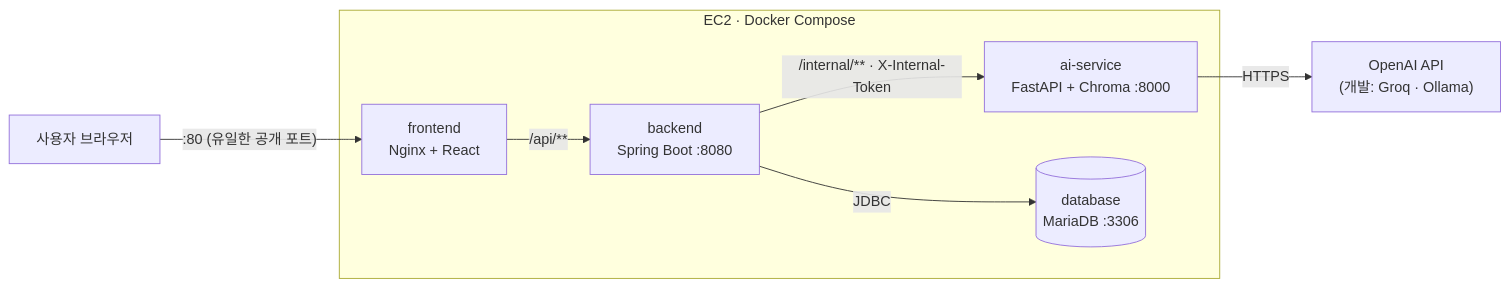
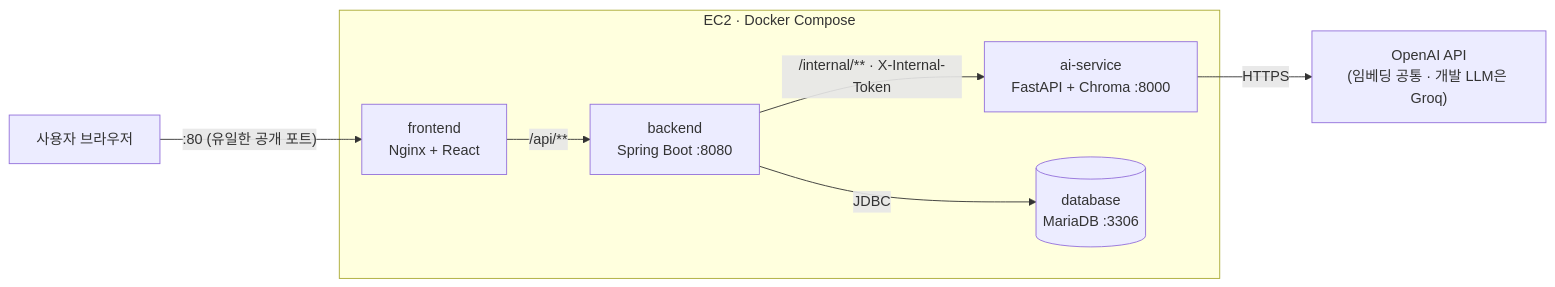
The first of 2 diagrams in docs/2.시스템아키텍처설계서.md (mini-project3-team2/Mini_Project_3), drawn with Mermaid before and after one commit. The commit also changed other lines of this file, not shown here.

First line of the commit message:
docs: 시스템 아키텍처 설계서 임베딩 모델을 text-embedding-3-small 단일 구성으로 수정

````diff
--- a/docs/2.시스템아키텍처설계서.md
+++ b/docs/2.시스템아키텍처설계서.md
@@ -24,16 +24,16 @@
 ```mermaid
 flowchart LR
     U["사용자 브라우저"] -->|":80 (유일한 공개 포트)"| FE
 
     subgraph EC2["EC2 · Docker Compose"]
         FE["frontend<br/>Nginx + React"]
         BE["backend<br/>Spring Boot :8080"]
         AI["ai-service<br/>FastAPI + Chroma :8000"]
         DB[("database<br/>MariaDB :3306")]
         FE -->|"/api/**"| BE
         BE -->|"/internal/** · X-Internal-Token"| AI
         BE -->|"JDBC"| DB
     end
 
-    AI -->|HTTPS| LLM["OpenAI API<br/>(개발: Groq · Ollama)"]
+    AI -->|HTTPS| LLM["OpenAI API<br/>(임베딩 공통 · 개발 LLM은 Groq)"]
 ```
````
